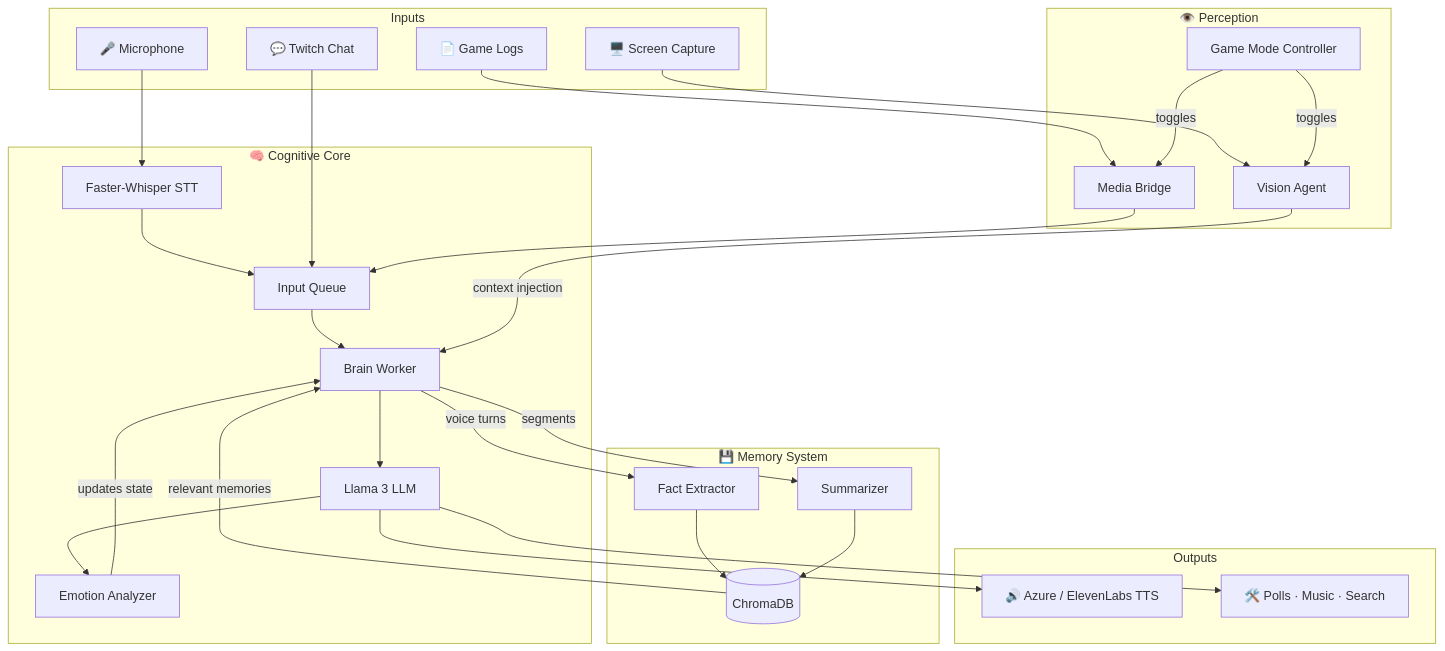
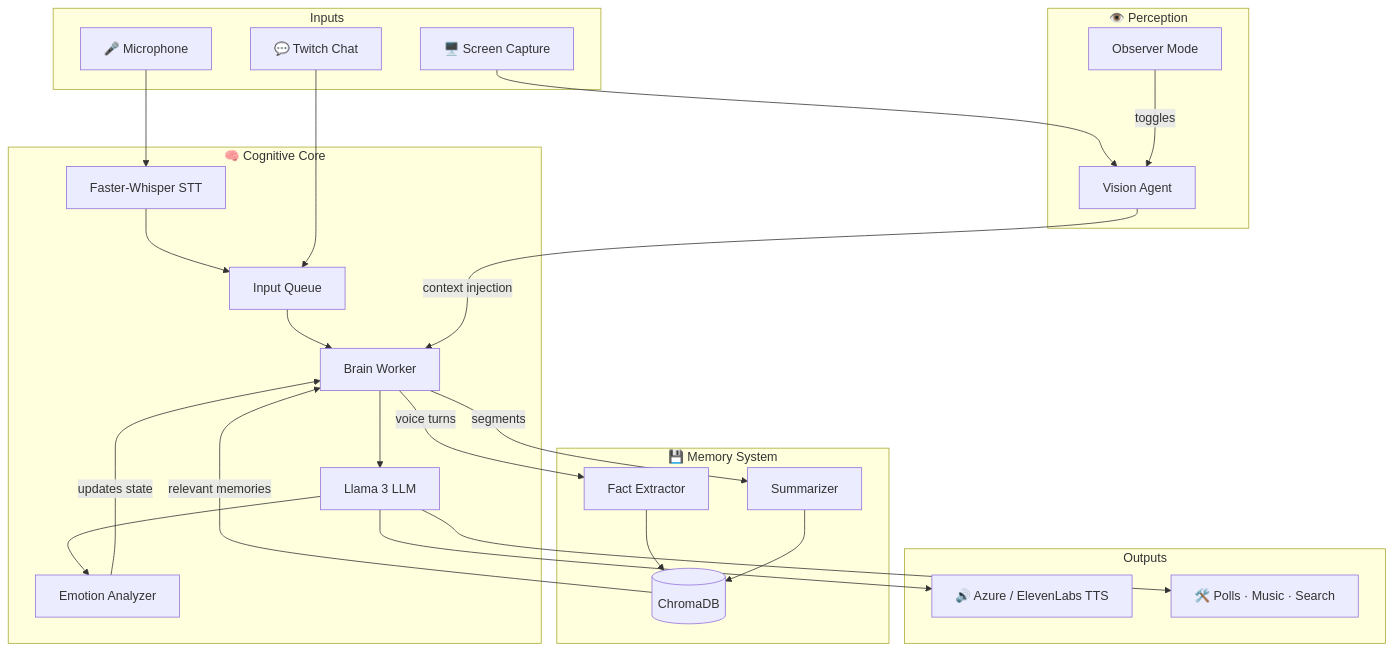
Before and after one commit to JonathanDunkleberger/Kira_AI: the diagram in README.md, drawn with Mermaid. The commit also changed other lines of this file and 6 other files, not shown here.

First line of the commit message:
Remove game log monitoring system (universal_media_bridge) and all wiring

````diff
--- a/README.md
+++ b/README.md
@@ -15,52 +15,48 @@
 ```mermaid
 flowchart TD
     subgraph Inputs
         MIC[🎤 Microphone]
         SCREEN[🖥️ Screen Capture]
         TWITCH[💬 Twitch Chat]
-        LOGS[📄 Game Logs]
     end
 
     subgraph Brain ["🧠 Cognitive Core"]
         STT[Faster-Whisper STT]
         QUEUE[Input Queue]
         BRAIN[Brain Worker]
         LLM[Llama 3 LLM]
         EMOTION[Emotion Analyzer]
     end
 
     subgraph Memory ["💾 Memory System"]
         EXTRACT[Fact Extractor]
         CHROMA[(ChromaDB)]
         SUMMARY[Summarizer]
     end
 
     subgraph Perception ["👁️ Perception"]
         VISION[Vision Agent]
-        GMC[Game Mode Controller]
-        BRIDGE[Media Bridge]
+        GMC[Observer Mode]
     end
 
     subgraph Outputs
         TTS[🔊 Azure / ElevenLabs TTS]
         TOOLS[🛠️ Polls · Music · Search]
     end
 
     MIC --> STT --> QUEUE
     TWITCH --> QUEUE
-    LOGS --> BRIDGE --> QUEUE
     SCREEN --> VISION
 
     QUEUE --> BRAIN
     VISION -->|context injection| BRAIN
     CHROMA -->|relevant memories| BRAIN
     BRAIN --> LLM --> TTS
     LLM --> TOOLS
     LLM --> EMOTION -->|updates state| BRAIN
 
     BRAIN -->|voice turns| EXTRACT --> CHROMA
     BRAIN -->|segments| SUMMARY --> CHROMA
 
     GMC -->|toggles| VISION
-    GMC -->|toggles| BRIDGE
 ```
````
